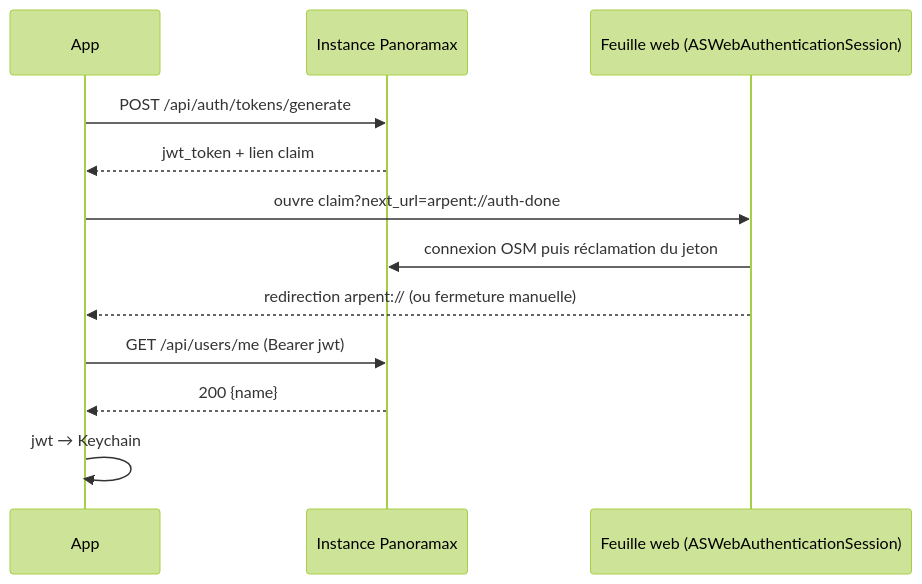
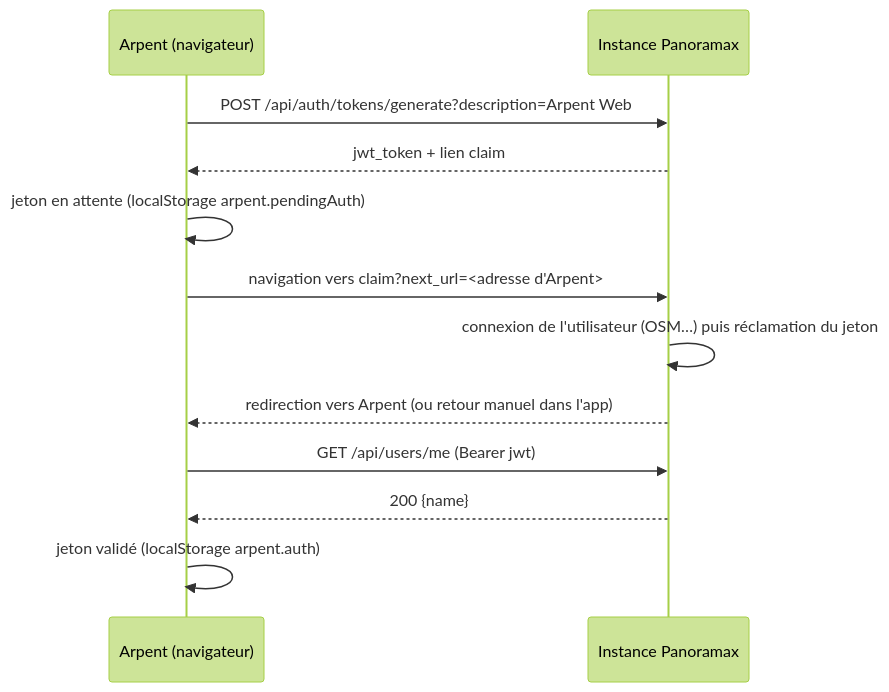
Before and after one commit to blamouche/arpent: the fourth of 4 diagrams in docs/ARCHITECTURE.md, drawn with Mermaid (forest theme). The commit also changed other lines of this file and 25 other files, not shown here.

````diff
--- a/docs/ARCHITECTURE.md
+++ b/docs/ARCHITECTURE.md
@@ -143,14 +141,14 @@
 ```mermaid
 sequenceDiagram
-    participant App
+    participant App as Arpent (navigateur)
     participant API as Instance Panoramax
-    participant Web as Feuille web (ASWebAuthenticationSession)
-    App->>API: POST /api/auth/tokens/generate
+    App->>API: POST /api/auth/tokens/generate?description=Arpent Web
     API-->>App: jwt_token + lien claim
-    App->>Web: ouvre claim?next_url=arpent://auth-done
-    Web->>API: connexion OSM puis réclamation du jeton
-    Web-->>App: redirection arpent:// (ou fermeture manuelle)
+    App->>App: jeton en attente (localStorage arpent.pendingAuth)
+    App->>API: navigation vers claim?next_url=<adresse d'Arpent>#/settings
+    API->>API: connexion de l'utilisateur (OSM…) puis réclamation du jeton
+    API-->>App: redirection vers Arpent (ou retour manuel dans l'app)
     App->>API: GET /api/users/me (Bearer jwt)
     API-->>App: 200 {name}
-    App->>App: jwt → Keychain
+    App->>App: jeton validé (localStorage arpent.auth)
 ```
````
